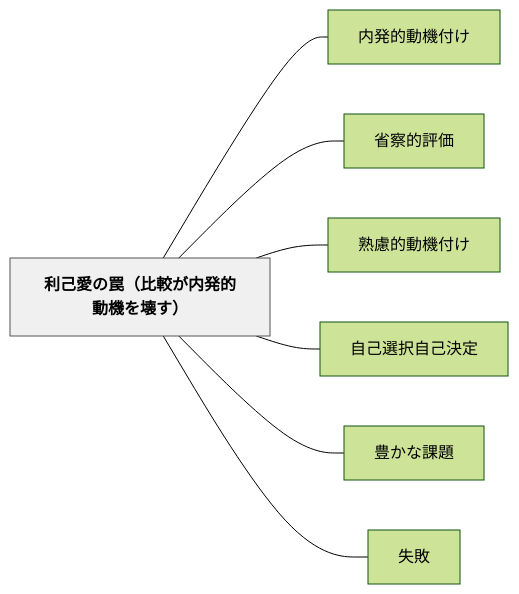
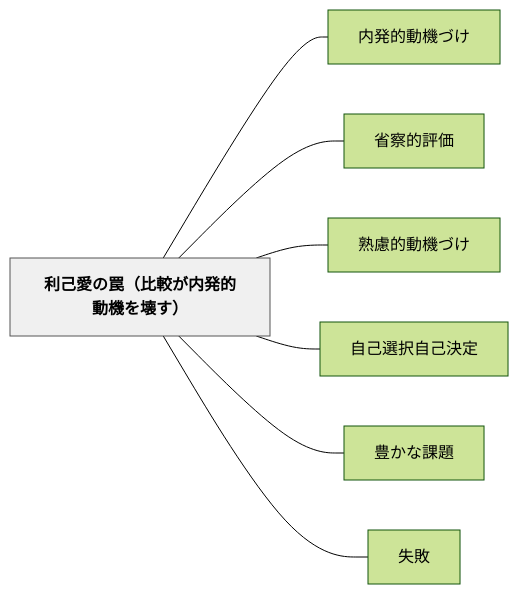
One commit to unknownthings-ed-patterns/unknownthings-ed-patterns changed the diagram in content/パタン/利己愛の罠（比較が内発的動機を壊す）.md. Above: the diagram before and after it, drawn with Mermaid (forest theme). The commit also changed other lines of this file and 234 other files, not shown here.

````diff
--- a/content/パタン/利己愛の罠（比較が内発的動機を壊す）.md
+++ b/content/パタン/利己愛の罠（比較が内発的動機を壊す）.md
@@ -98,20 +98,20 @@
 ```mermaid
 flowchart LR
     ne588a9e5b7b1e6849be381aee7bda0efbc88e6af94e8bc83e3818ce58685e799bae79a84e58b95e6a99fe38292e5a38ae38199efbc89["利己愛の罠（比較が内発的動機を壊す）"]
-    ne58685e799bae79a84e58b95e6a99fe4bb98e38191["内発的動機付け"]
+    ne58685e799bae79a84e58b95e6a99fe381a5e38191["内発的動機づけ"]
     ne79c81e5af9fe79a84e8a995e4bea1["省察的評価"]
-    ne7869fe685aee79a84e58b95e6a99fe4bb98e38191["熟慮的動機付け"]
+    ne7869fe685aee79a84e58b95e6a99fe381a5e38191["熟慮的動機づけ"]
     ne887aae5b7b1e981b8e68a9ee887aae5b7b1e6b1bae5ae9a["自己選択自己決定"]
     ne8b18ae3818be381aae8aab2e9a18c["豊かな課題"]
     ne5a4b1e69597["失敗"]
 
-    ne588a9e5b7b1e6849be381aee7bda0efbc88e6af94e8bc83e3818ce58685e799bae79a84e58b95e6a99fe38292e5a38ae38199efbc89 --- ne58685e799bae79a84e58b95e6a99fe4bb98e38191
+    ne588a9e5b7b1e6849be381aee7bda0efbc88e6af94e8bc83e3818ce58685e799bae79a84e58b95e6a99fe38292e5a38ae38199efbc89 --- ne58685e799bae79a84e58b95e6a99fe381a5e38191
     ne588a9e5b7b1e6849be381aee7bda0efbc88e6af94e8bc83e3818ce58685e799bae79a84e58b95e6a99fe38292e5a38ae38199efbc89 --- ne79c81e5af9fe79a84e8a995e4bea1
-    ne588a9e5b7b1e6849be381aee7bda0efbc88e6af94e8bc83e3818ce58685e799bae79a84e58b95e6a99fe38292e5a38ae38199efbc89 --- ne7869fe685aee79a84e58b95e6a99fe4bb98e38191
+    ne588a9e5b7b1e6849be381aee7bda0efbc88e6af94e8bc83e3818ce58685e799bae79a84e58b95e6a99fe38292e5a38ae38199efbc89 --- ne7869fe685aee79a84e58b95e6a99fe381a5e38191
     ne588a9e5b7b1e6849be381aee7bda0efbc88e6af94e8bc83e3818ce58685e799bae79a84e58b95e6a99fe38292e5a38ae38199efbc89 --- ne887aae5b7b1e981b8e68a9ee887aae5b7b1e6b1bae5ae9a
     ne588a9e5b7b1e6849be381aee7bda0efbc88e6af94e8bc83e3818ce58685e799bae79a84e58b95e6a99fe38292e5a38ae38199efbc89 --- ne8b18ae3818be381aae8aab2e9a18c
     ne588a9e5b7b1e6849be381aee7bda0efbc88e6af94e8bc83e3818ce58685e799bae79a84e58b95e6a99fe38292e5a38ae38199efbc89 --- ne5a4b1e69597
 
     classDef hub fill:#f0f0f0,stroke:#555,color:#000,font-weight:bold
     class ne588a9e5b7b1e6849be381aee7bda0efbc88e6af94e8bc83e3818ce58685e799bae79a84e58b95e6a99fe38292e5a38ae38199efbc89 hub
 ```
````
